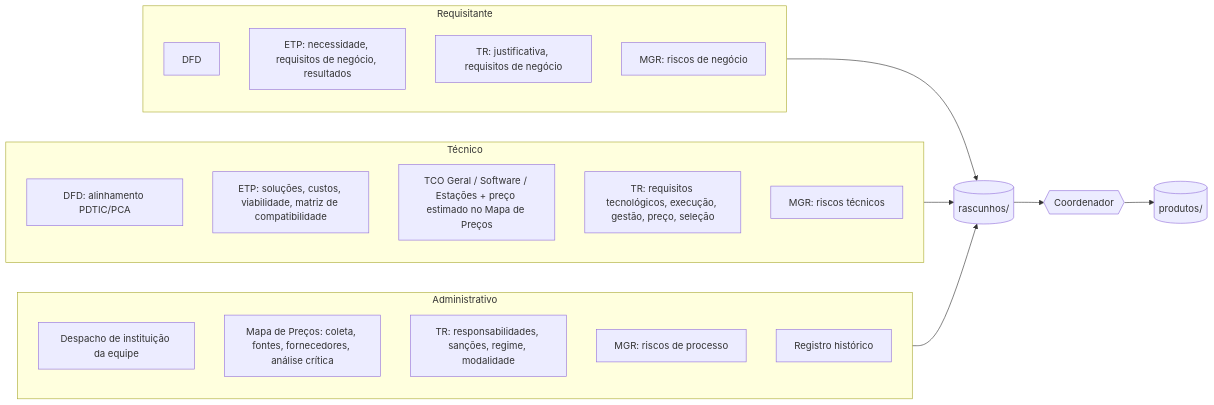
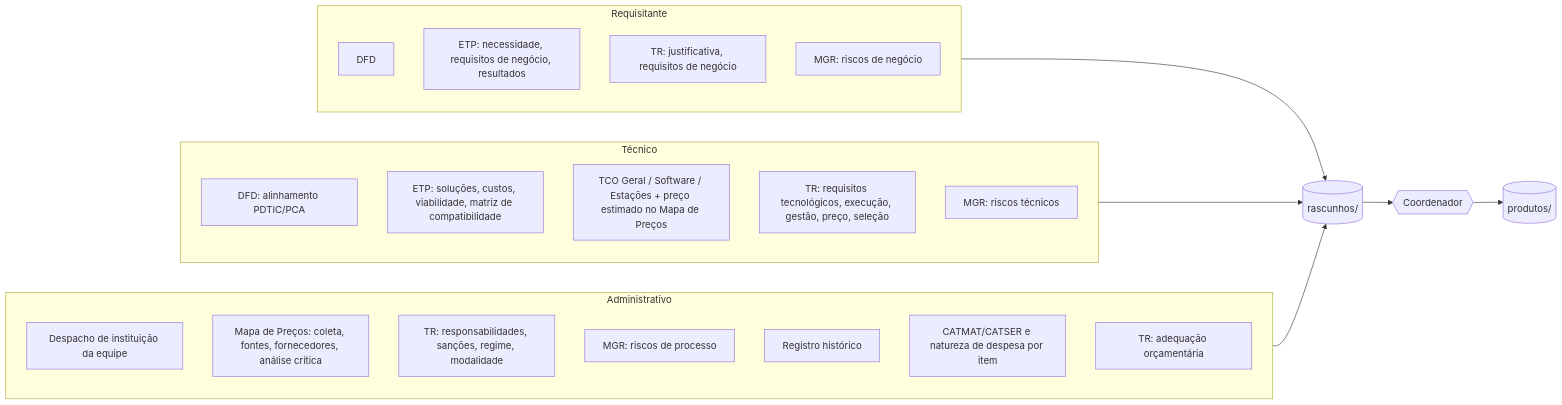
Before and after one commit to marquesmarcelo/ia-contratacao-tic: the second of 4 diagrams in README.md, drawn with Mermaid. The commit also changed other lines of this file and 23 other files, not shown here.

````diff
--- a/README.md
+++ b/README.md
@@ -87,27 +100,29 @@
 ```mermaid
 flowchart LR
     subgraph R [Requisitante]
         r1[DFD]
         r2[ETP: necessidade, requisitos de negócio, resultados]
         r3[TR: justificativa, requisitos de negócio]
         r4[MGR: riscos de negócio]
     end
     subgraph T [Técnico]
         t1[DFD: alinhamento PDTIC/PCA]
         t2[ETP: soluções, custos, viabilidade, matriz de compatibilidade]
         t3[TCO Geral / Software / Estações + preço estimado no Mapa de Preços]
         t4[TR: requisitos tecnológicos, execução, gestão, preço, seleção]
         t5[MGR: riscos técnicos]
     end
     subgraph AD [Administrativo]
         a1[Despacho de instituição da equipe]
         a2[Mapa de Preços: coleta, fontes, fornecedores, análise crítica]
         a3[TR: responsabilidades, sanções, regime, modalidade]
         a4[MGR: riscos de processo]
         a5[Registro histórico]
+        a6[CATMAT/CATSER e natureza de despesa por item]
+        a7[TR: adequação orçamentária]
     end
     R --> RAS[(rascunhos/)]
     T --> RAS
     AD --> RAS
     RAS --> GER{{Coordenador}} --> PROD[(produtos/)]
 ```
````
